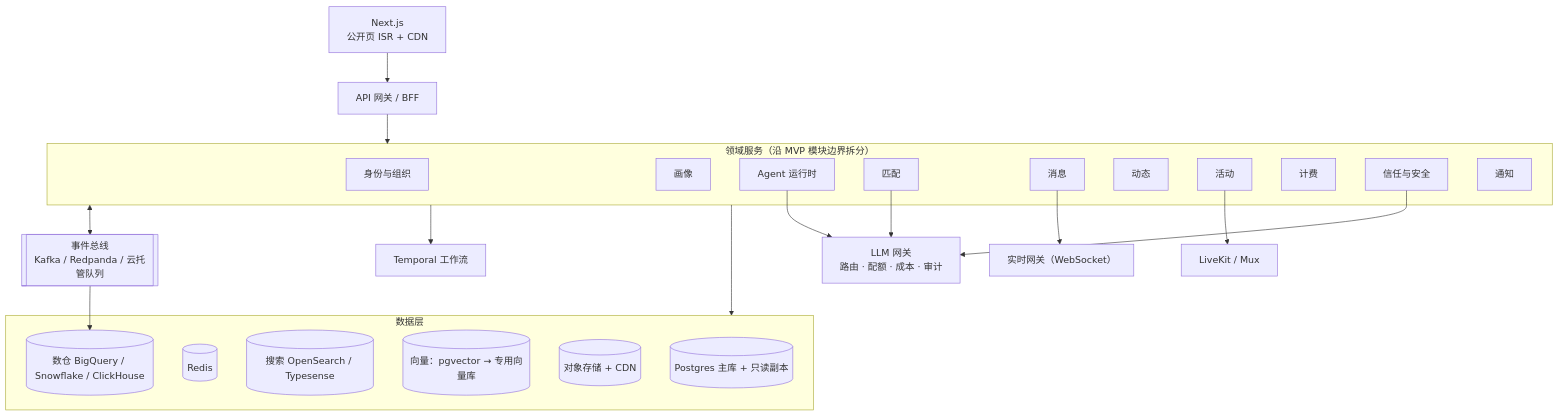
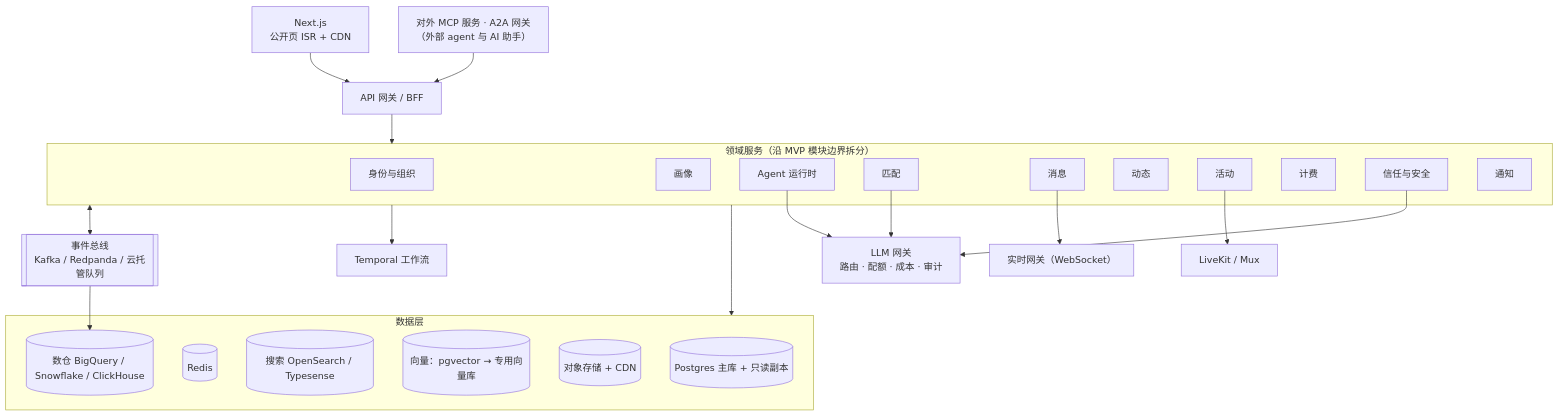
The sixth of 6 diagrams in docs/architecture.md (mikeaccio666-debug/employee-research-agent), drawn with Mermaid before and after one commit. The commit also changed other lines of this file and 3 other files, not shown here.

First line of the commit message:
Plan an open agent ecosystem: MCP tools, skills and agent collaboration

````diff
--- a/docs/architecture.md
+++ b/docs/architecture.md
@@ -384,34 +386,35 @@
 ```mermaid
 flowchart TB
   WEB["Next.js<br/>公开页 ISR + CDN"] --> GW["API 网关 / BFF"]
+  EXT["对外 MCP 服务 · A2A 网关<br/>（外部 agent 与 AI 助手）"] --> GW
   subgraph SVC["领域服务（沿 MVP 模块边界拆分）"]
     ID["身份与组织"]
     PO["画像"]
     AG["Agent 运行时"]
     MA["匹配"]
     MS["消息"]
     FD["动态"]
     EV["活动"]
     BI["计费"]
     TS["信任与安全"]
     NO["通知"]
   end
   GW --> SVC
   SVC <--> BUS[["事件总线<br/>Kafka / Redpanda / 云托管队列"]]
   SVC --> TMP["Temporal 工作流"]
   subgraph DATA["数据层"]
     PG[("Postgres 主库 + 只读副本")]
     RD[("Redis")]
     OS[("搜索 OpenSearch / Typesense")]
     VEC[("向量：pgvector → 专用向量库")]
     OBJ[("对象存储 + CDN")]
     WH[("数仓 BigQuery / Snowflake / ClickHouse")]
   end
   SVC --> DATA
   BUS --> WH
   AG --> LLM["LLM 网关<br/>路由 · 配额 · 成本 · 审计"]
   MA --> LLM
   TS --> LLM
   MS --> RTG["实时网关（WebSocket）"]
   EV --> LIVE["LiveKit / Mux"]
 ```
````
